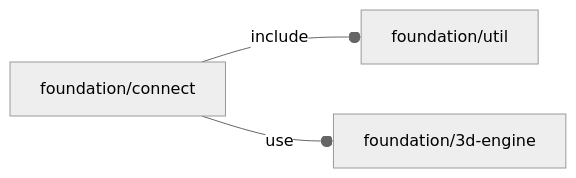
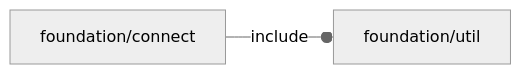
The diagram in orthodocs/foundation/connect.md (ggabbiani/OFL), drawn with Mermaid (neutral theme) before and after one commit. The commit also changed 26 other files, not shown here.

````diff
--- a/orthodocs/foundation/connect.md
+++ b/orthodocs/foundation/connect.md
@@ -5,5 +5,4 @@
 ```mermaid
 graph LR
     A1[foundation/connect] --o|include| A2[foundation/util]
-    A1 --o|use| A3[foundation/3d-engine]
 ```
````
